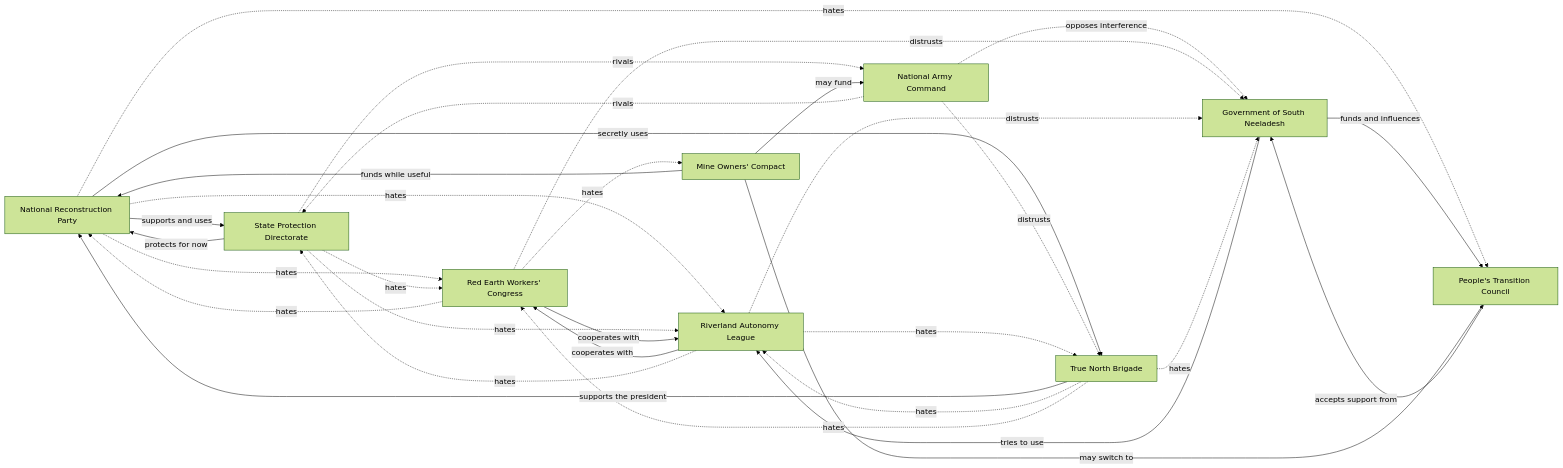
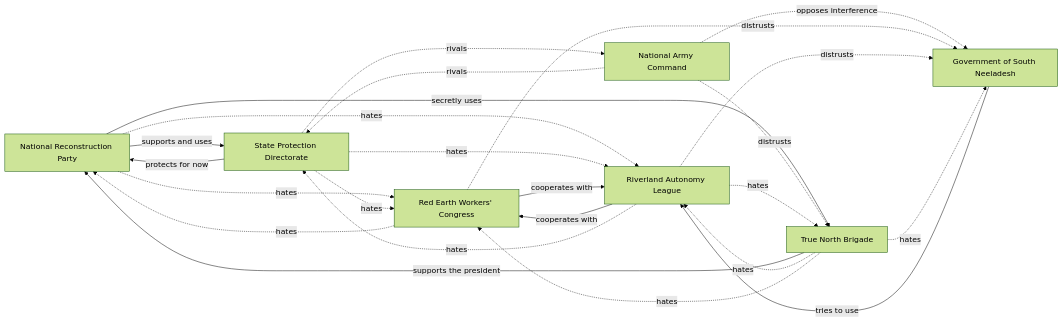
The diagram in story/relationship.md (hamedzurat/North-Neeladesh-Ministry-of-Communications), drawn with Mermaid (forest theme) before and after one commit. The commit also changed 5 other files, not shown here.

````diff
--- a/story/relationship.md
+++ b/story/relationship.md
@@ -5,51 +5,41 @@
 ```mermaid
 flowchart LR
     NRP["National Reconstruction Party"]
     SPD["State Protection Directorate"]
     ARMY["National Army Command"]
     WORKERS["Red Earth Workers' Congress"]
     AUTONOMY["Riverland Autonomy League"]
     TNB["True North Brigade"]
     SOUTH["Government of South Neeladesh"]
-    PTC["People's Transition Council"]
-    OWNERS["Mine Owners' Compact"]
 
     NRP -->|"supports and uses"| SPD
     SPD -->|"protects for now"| NRP
     NRP -->|"secretly uses"| TNB
     TNB -->|"supports the president"| NRP
 
     NRP -.->|"hates"| WORKERS
     NRP -.->|"hates"| AUTONOMY
-    NRP -.->|"hates"| PTC
 
     SPD -.->|"hates"| WORKERS
     SPD -.->|"hates"| AUTONOMY
     SPD -.->|"rivals"| ARMY
 
     ARMY -.->|"rivals"| SPD
     ARMY -.->|"distrusts"| TNB
     ARMY -.->|"opposes interference"| SOUTH
 
     WORKERS -->|"cooperates with"| AUTONOMY
     WORKERS -.->|"hates"| NRP
-    WORKERS -.->|"hates"| OWNERS
     WORKERS -.->|"distrusts"| SOUTH
 
     AUTONOMY -->|"cooperates with"| WORKERS
     AUTONOMY -.->|"hates"| TNB
     AUTONOMY -.->|"hates"| SPD
     AUTONOMY -.->|"distrusts"| SOUTH
 
     TNB -.->|"hates"| AUTONOMY
     TNB -.->|"hates"| WORKERS
     TNB -.->|"hates"| SOUTH
 
-    SOUTH -->|"funds and influences"| PTC
     SOUTH -->|"tries to use"| AUTONOMY
-    PTC -->|"accepts support from"| SOUTH
-
-    OWNERS -->|"funds while useful"| NRP
-    OWNERS -->|"may fund"| ARMY
-    OWNERS -->|"may switch to"| PTC
 ```
````
